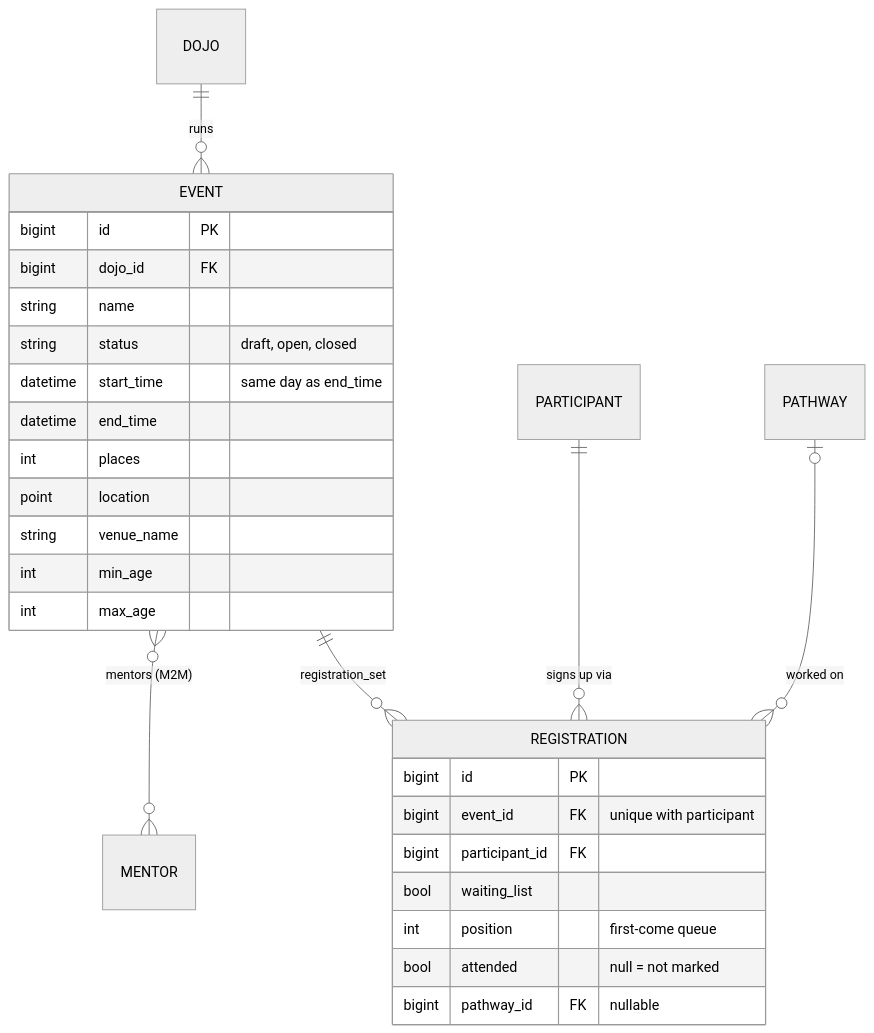
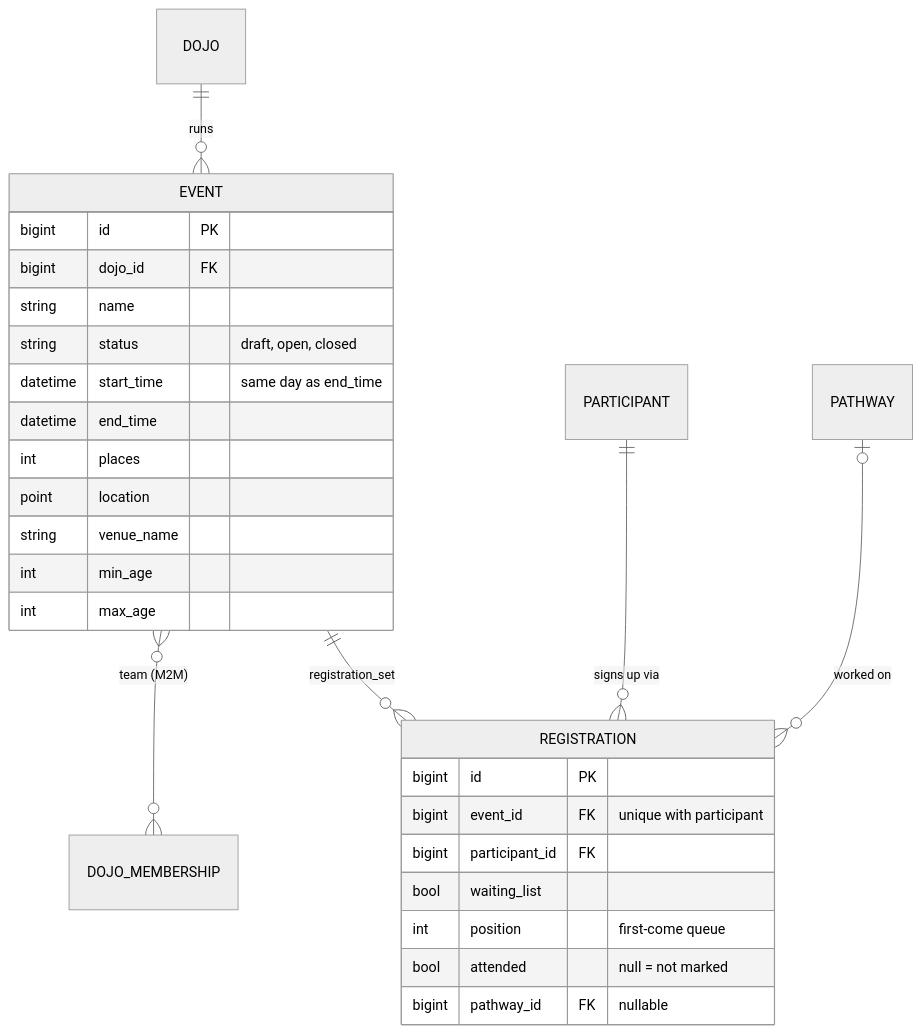
The fifth of 20 diagrams in DATA_MODEL.md (DoublG/coderdojo-event-registration), drawn with Mermaid (neutral theme) before and after one commit. The commit also changed other lines of this file and 65 other files, not shown here.

````diff
--- a/DATA_MODEL.md
+++ b/DATA_MODEL.md
@@ -249,31 +258,31 @@
 ```mermaid
 erDiagram
     DOJO ||--o{ EVENT : "runs"
     EVENT ||--o{ REGISTRATION : "registration_set"
     PARTICIPANT ||--o{ REGISTRATION : "signs up via"
     PATHWAY |o--o{ REGISTRATION : "worked on"
-    EVENT }o--o{ MENTOR : "mentors (M2M)"
+    EVENT }o--o{ DOJO_MEMBERSHIP : "team (M2M)"
 
     EVENT {
         bigint id PK
         bigint dojo_id FK
         string name
         string status "draft, open, closed"
         datetime start_time "same day as end_time"
         datetime end_time
         int places
         point location
         string venue_name
         int min_age
         int max_age
     }
     REGISTRATION {
         bigint id PK
         bigint event_id FK "unique with participant"
         bigint participant_id FK
         bool waiting_list
         int position "first-come queue"
         bool attended "null = not marked"
         bigint pathway_id FK "nullable"
     }
 ```
````
